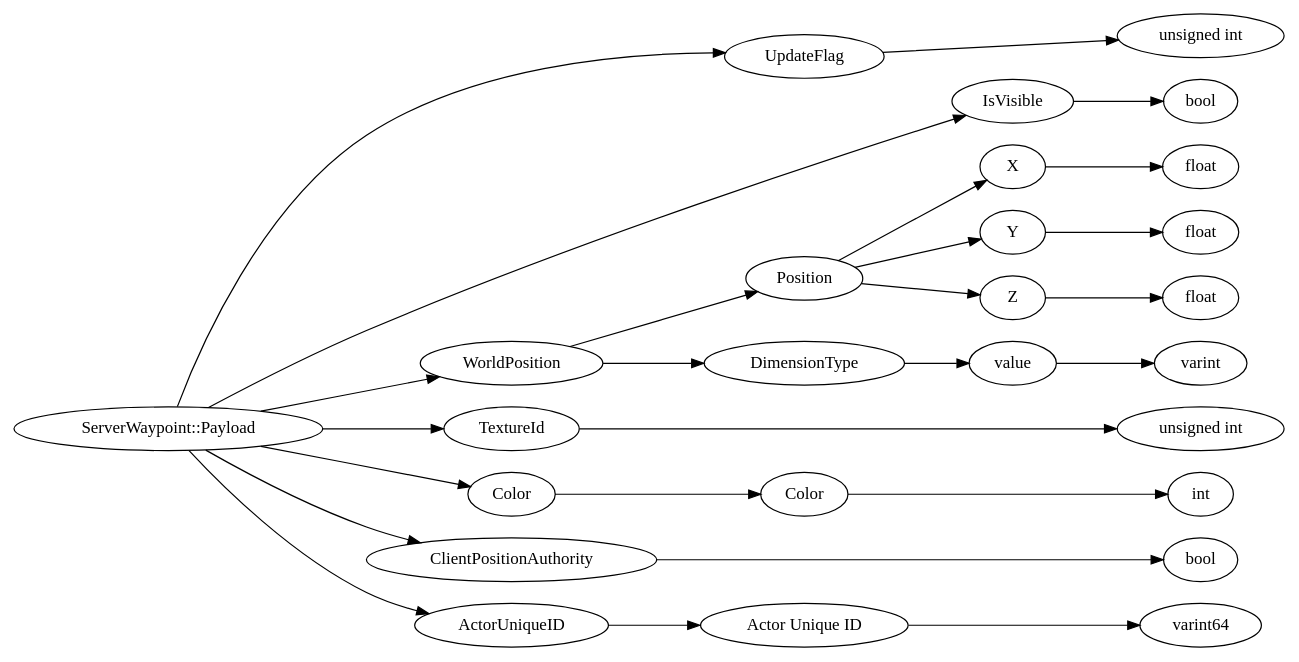
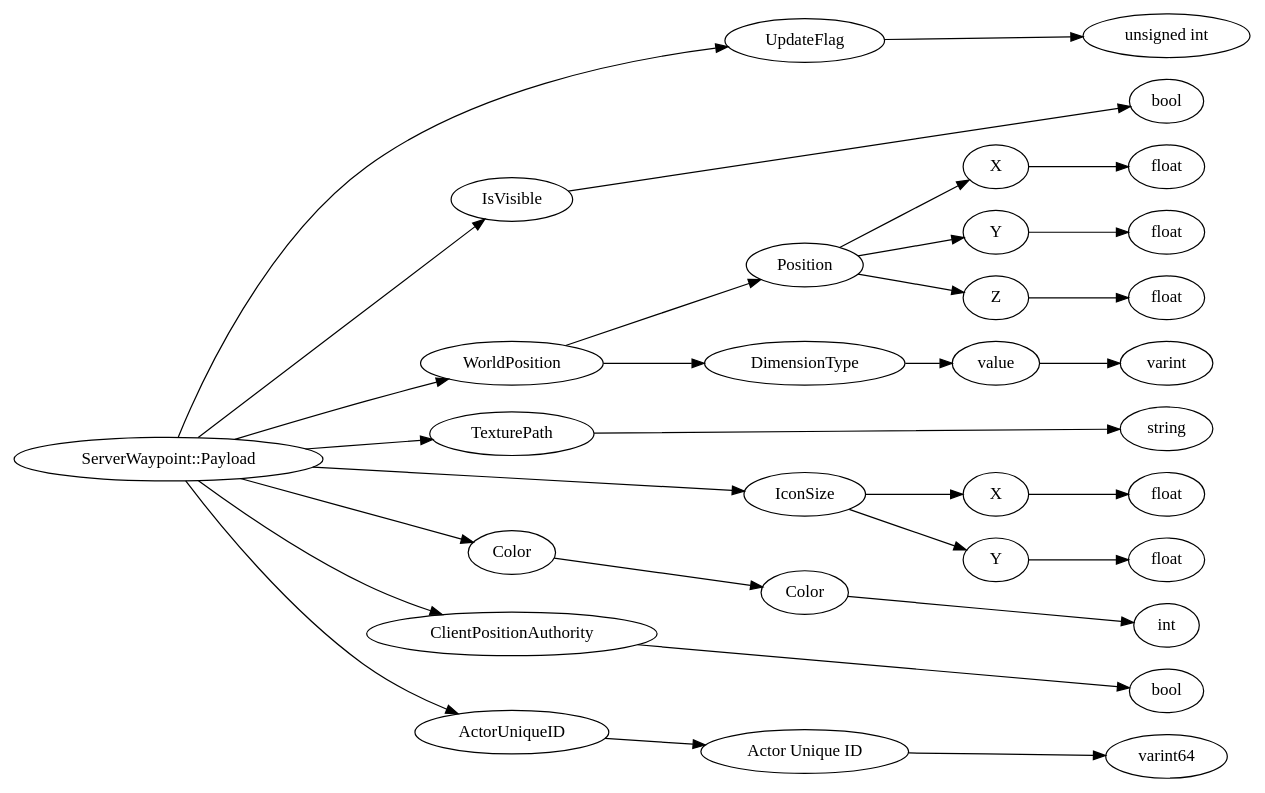
Before and after one commit to Mojang/bedrock-protocol-docs: the diagram in dot/ServerWaypoint__Payload.dot, drawn with Graphviz. The commit also changed 806 other files, not shown here.

```diff
--- a/dot/ServerWaypoint__Payload.dot
+++ b/dot/ServerWaypoint__Payload.dot
@@ -1,58 +1,68 @@
 digraph "ServerWaypoint::Payload" {
 rankdir = LR
 0
 0 -> 1
 1 -> 2
 0 -> 3
 3 -> 4
 0 -> 5
 5 -> 6
 6 -> 7
 7 -> 8
 6 -> 9
 9 -> 10
 6 -> 11
 11 -> 12
 5 -> 13
 13 -> 14
 14 -> 15
 0 -> 16
 16 -> 17
 0 -> 18
 18 -> 19
 19 -> 20
-0 -> 21
+18 -> 21
 21 -> 22
 0 -> 23
 23 -> 24
 24 -> 25
+0 -> 26
+26 -> 27
+0 -> 28
+28 -> 29
+29 -> 30
 
 0 [label="ServerWaypoint::Payload",comment="name: \"ServerWaypoint::Payload\", typeName: \"\", id: 0, branchId: 0, recurseId: -1, attributes: 0, notes: \"\""];
 1 [label="UpdateFlag",comment="name: \"UpdateFlag\", typeName: \"\", id: 1, branchId: 0, recurseId: -1, attributes: 0, notes: \"A bitflag uint used to map to which of the optional values in this payload should be updated.\""];
 2 [label="unsigned int",comment="name: \"unsigned int\", typeName: \"\", id: 2, branchId: 0, recurseId: -1, attributes: 512, notes: \"A bitflag uint used to map to which of the optional values in this payload should be updated.\""];
 3 [label="IsVisible",comment="name: \"IsVisible\", typeName: \"\", id: 3, branchId: 0, recurseId: -1, attributes: 0, notes: \"Boolean used to tell the client if the Waypoint is visible or not.\""];
 4 [label="bool",comment="name: \"bool\", typeName: \"\", id: 4, branchId: 0, recurseId: -1, attributes: 512, notes: \"Boolean used to tell the client if the Waypoint is visible or not.\""];
 5 [label="WorldPosition",comment="name: \"WorldPosition\", typeName: \"\", id: 5, branchId: 0, recurseId: -1, attributes: 0, notes: \"The Vec3 position and DimensionID of the waypoint.\""];
 6 [label="Position",comment="name: \"Position\", typeName: \"\", id: 6, branchId: 0, recurseId: -1, attributes: 0, notes: \"The Vec3 position in the dimension.\""];
 7 [label="X",comment="name: \"X\", typeName: \"\", id: 7, branchId: 0, recurseId: -1, attributes: 0, notes: \"\""];
 8 [label="float",comment="name: \"float\", typeName: \"\", id: 8, branchId: 0, recurseId: -1, attributes: 512, notes: \"\""];
 9 [label="Y",comment="name: \"Y\", typeName: \"\", id: 9, branchId: 0, recurseId: -1, attributes: 0, notes: \"\""];
 10 [label="float",comment="name: \"float\", typeName: \"\", id: 10, branchId: 0, recurseId: -1, attributes: 512, notes: \"\""];
 11 [label="Z",comment="name: \"Z\", typeName: \"\", id: 11, branchId: 0, recurseId: -1, attributes: 0, notes: \"\""];
 12 [label="float",comment="name: \"float\", typeName: \"\", id: 12, branchId: 0, recurseId: -1, attributes: 512, notes: \"\""];
 13 [label="DimensionType",comment="name: \"DimensionType\", typeName: \"\", id: 13, branchId: 0, recurseId: -1, attributes: 0, notes: \"The runtime id of the dimension.\""];
 14 [label="value",comment="name: \"value\", typeName: \"\", id: 14, branchId: 0, recurseId: -1, attributes: 0, notes: \"\""];
 15 [label="varint",comment="name: \"varint\", typeName: \"\", id: 15, branchId: 0, recurseId: -1, attributes: 512, notes: \"\""];
-16 [label="TextureId",comment="name: \"TextureId\", typeName: \"\", id: 16, branchId: 0, recurseId: -1, attributes: 0, notes: \"A runtime id used to select which texture the Waypoint should use.\""];
-17 [label="unsigned int",comment="name: \"unsigned int\", typeName: \"\", id: 17, branchId: 0, recurseId: -1, attributes: 512, notes: \"A runtime id used to select which texture the Waypoint should use.\""];
-18 [label="Color",comment="name: \"Color\", typeName: \"\", id: 18, branchId: 0, recurseId: -1, attributes: 0, notes: \"The color that the client with tint the waypoint texture.\""];
-19 [label="Color",comment="name: \"Color\", typeName: \"\", id: 19, branchId: 0, recurseId: -1, attributes: 0, notes: \"\""];
-20 [label="int",comment="name: \"int\", typeName: \"\", id: 20, branchId: 0, recurseId: -1, attributes: 512, notes: \"\""];
-21 [label="ClientPositionAuthority",comment="name: \"ClientPositionAuthority\", typeName: \"\", id: 21, branchId: 0, recurseId: -1, attributes: 0, notes: \"Boolean that if true the client will update the Waypoints position per tick.\""];
-22 [label="bool",comment="name: \"bool\", typeName: \"\", id: 22, branchId: 0, recurseId: -1, attributes: 512, notes: \"Boolean that if true the client will update the Waypoints position per tick.\""];
-23 [label="ActorUniqueID",comment="name: \"ActorUniqueID\", typeName: \"\", id: 23, branchId: 0, recurseId: -1, attributes: 0, notes: \"The entity id that Waypoint will be attached to.\""];
-24 [label="Actor Unique ID",comment="name: \"Actor Unique ID\", typeName: \"\", id: 24, branchId: 0, recurseId: -1, attributes: 0, notes: \"\""];
-25 [label="varint64",comment="name: \"varint64\", typeName: \"\", id: 25, branchId: 0, recurseId: -1, attributes: 512, notes: \"\""];
-{ rank = max;2;4;8;10;12;15;17;20;22;25}
+16 [label="TexturePath",comment="name: \"TexturePath\", typeName: \"\", id: 16, branchId: 0, recurseId: -1, attributes: 0, notes: \"The path used to select which texture the Waypoint displays.\""];
+17 [label="string",comment="name: \"string\", typeName: \"\", id: 17, branchId: 0, recurseId: -1, attributes: 512, notes: \"The path used to select which texture the Waypoint displays.\""];
+18 [label="IconSize",comment="name: \"IconSize\", typeName: \"\", id: 18, branchId: 0, recurseId: -1, attributes: 0, notes: \"The size of the icon that is displayed. Default: [1, 1]\""];
+19 [label="X",comment="name: \"X\", typeName: \"\", id: 19, branchId: 0, recurseId: -1, attributes: 0, notes: \"\""];
+20 [label="float",comment="name: \"float\", typeName: \"\", id: 20, branchId: 0, recurseId: -1, attributes: 512, notes: \"\""];
+21 [label="Y",comment="name: \"Y\", typeName: \"\", id: 21, branchId: 0, recurseId: -1, attributes: 0, notes: \"\""];
+22 [label="float",comment="name: \"float\", typeName: \"\", id: 22, branchId: 0, recurseId: -1, attributes: 512, notes: \"\""];
+23 [label="Color",comment="name: \"Color\", typeName: \"\", id: 23, branchId: 0, recurseId: -1, attributes: 0, notes: \"The color that the client with tint the waypoint texture.\""];
+24 [label="Color",comment="name: \"Color\", typeName: \"\", id: 24, branchId: 0, recurseId: -1, attributes: 0, notes: \"\""];
+25 [label="int",comment="name: \"int\", typeName: \"\", id: 25, branchId: 0, recurseId: -1, attributes: 512, notes: \"\""];
+26 [label="ClientPositionAuthority",comment="name: \"ClientPositionAuthority\", typeName: \"\", id: 26, branchId: 0, recurseId: -1, attributes: 0, notes: \"Boolean that if true the client will update the Waypoints position per tick.\""];
+27 [label="bool",comment="name: \"bool\", typeName: \"\", id: 27, branchId: 0, recurseId: -1, attributes: 512, notes: \"Boolean that if true the client will update the Waypoints position per tick.\""];
+28 [label="ActorUniqueID",comment="name: \"ActorUniqueID\", typeName: \"\", id: 28, branchId: 0, recurseId: -1, attributes: 0, notes: \"The entity id that Waypoint will be attached to.\""];
+29 [label="Actor Unique ID",comment="name: \"Actor Unique ID\", typeName: \"\", id: 29, branchId: 0, recurseId: -1, attributes: 0, notes: \"\""];
+30 [label="varint64",comment="name: \"varint64\", typeName: \"\", id: 30, branchId: 0, recurseId: -1, attributes: 512, notes: \"\""];
+{ rank = max;2;4;8;10;12;15;17;20;22;25;27;30}
 
 }
```
